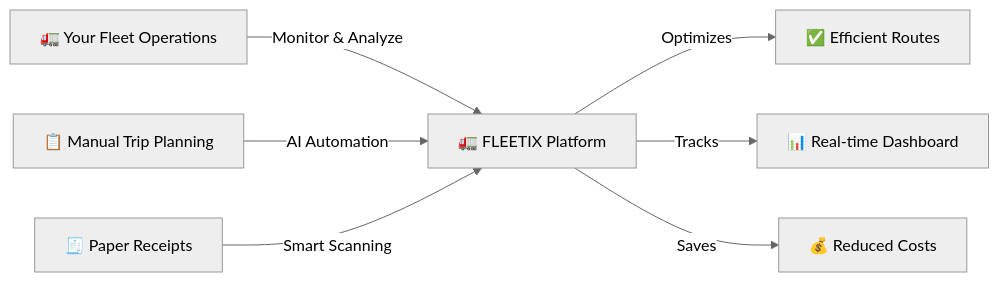
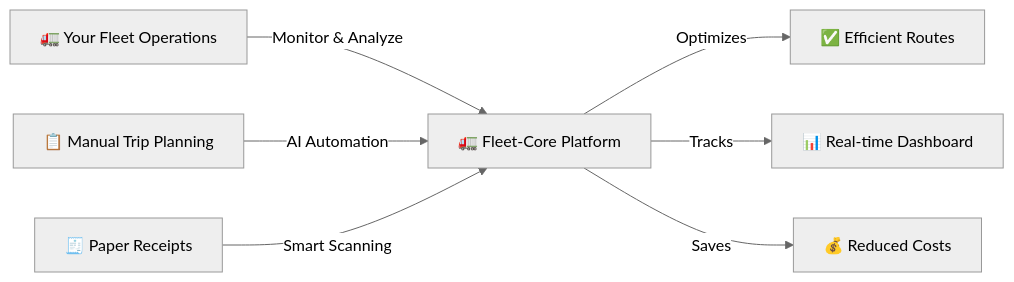
Before and after one commit to tawfeeq-bahur/FLEET-CORE: the first of 12 diagrams in README.md, drawn with Mermaid (neutral theme). The commit also changed other lines of this file and 15 other files, not shown here.

````diff
--- a/README.md
+++ b/README.md
@@ -25,9 +25,9 @@
 ```mermaid
 graph LR
-    A["🚛 Your Fleet Operations"] -->|"Monitor & Analyze"| B["🚛 FLEETIX Platform"]
+    A["🚛 Your Fleet Operations"] -->|"Monitor & Analyze"| B["🚛 Fleet-Core Platform"]
     C["📋 Manual Trip Planning"] -->|"AI Automation"| B
     D["🧾 Paper Receipts"] -->|"Smart Scanning"| B
     B -->|"Optimizes"| E["✅ Efficient Routes"]
     B -->|"Tracks"| F["📊 Real-time Dashboard"]
     B -->|"Saves"| G["💰 Reduced Costs"]
 ```
````
